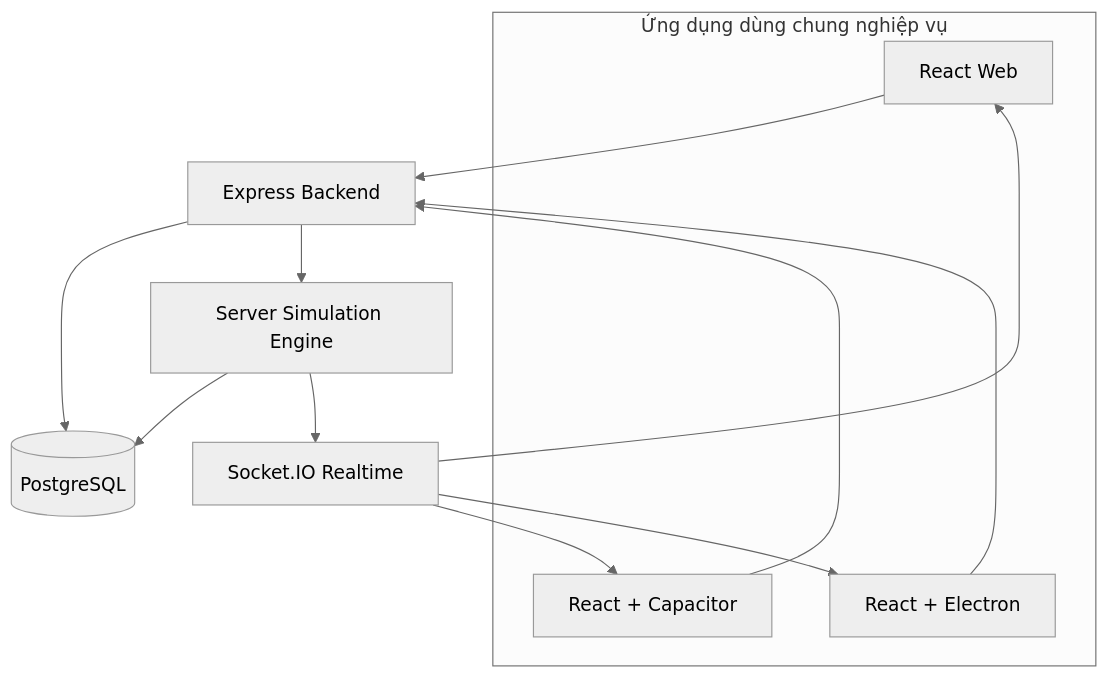
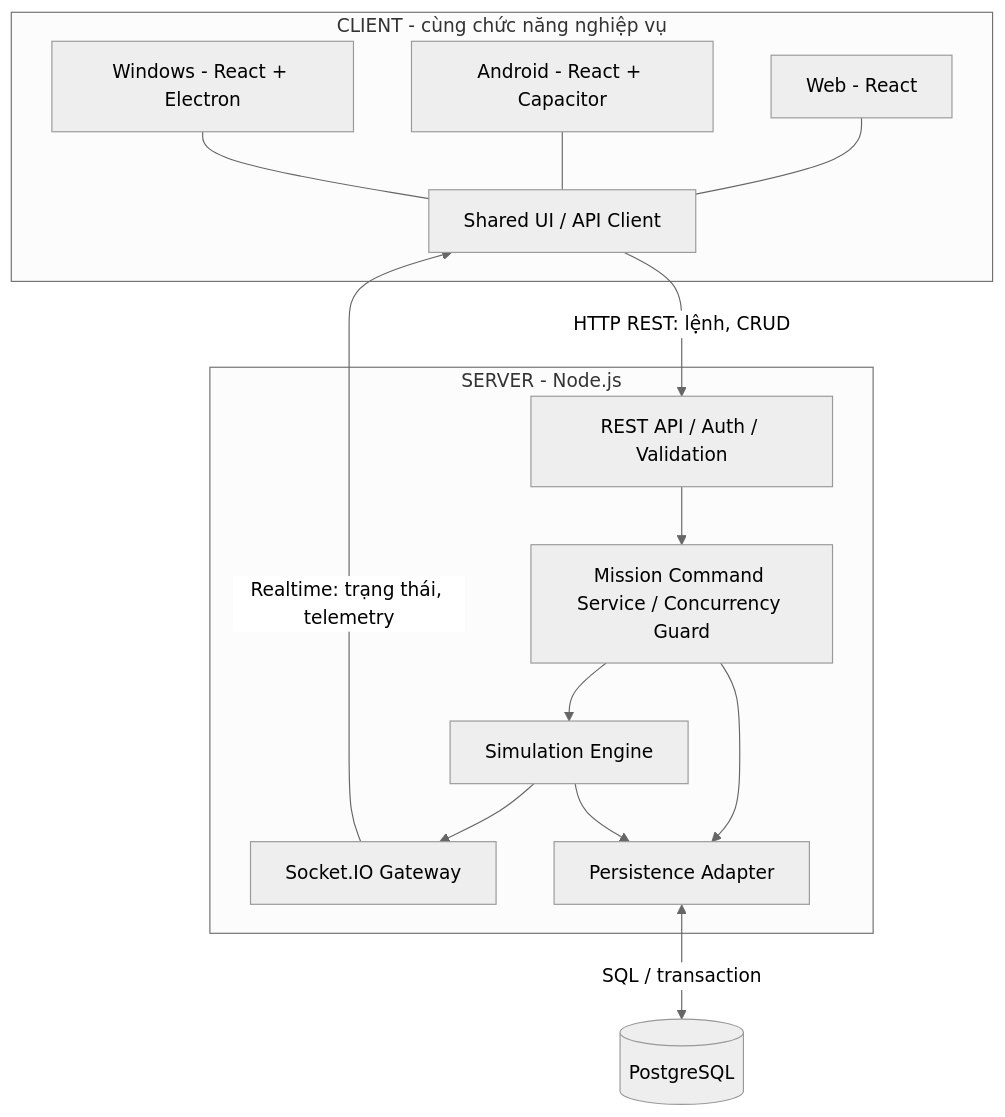
One commit to vinhle-tech/uav-delivery-simulation changed the diagram in docs/06-diagrams/02-overall-architecture.mmd. Above: the diagram before and after it, drawn with Mermaid (neutral theme). The commit also changed 56 other files, not shown here.

```diff
--- a/docs/06-diagrams/02-overall-architecture.mmd
+++ b/docs/06-diagrams/02-overall-architecture.mmd
@@ -1,16 +1,26 @@
 flowchart TB
-  subgraph Clients["Ứng dụng dùng chung nghiệp vụ"]
-    Web["React Web"]
-    Mobile["React + Capacitor"]
-    Desktop["React + Electron"]
-  end
-  Web --> API["Express Backend"]
-  Mobile --> API
-  Desktop --> API
-  API --> Database[(PostgreSQL)]
-  API --> Simulation["Server Simulation Engine"]
-  Simulation --> Database
-  Simulation --> Socket["Socket.IO Realtime"]
-  Socket --> Web
-  Socket --> Mobile
-  Socket --> Desktop
+    subgraph C["CLIENT - cùng chức năng nghiệp vụ"]
+        WEB["Web - React"]
+        AND["Android - React + Capacitor"]
+        DESK["Windows - React + Electron"]
+        UI["Shared UI / API Client"]
+        WEB --- UI
+        AND --- UI
+        DESK --- UI
+    end
+    subgraph B["SERVER - Node.js"]
+        API["REST API / Auth / Validation"]
+        CMD["Mission Command Service / Concurrency Guard"]
+        ENG["Simulation Engine"]
+        RT["Socket.IO Gateway"]
+        REPO["Persistence Adapter"]
+        API --> CMD
+        CMD --> ENG
+        ENG --> RT
+        CMD --> REPO
+        ENG --> REPO
+    end
+    PG[("PostgreSQL")]
+    UI -->|"HTTP REST: lệnh, CRUD"| API
+    RT -->|"Realtime: trạng thái, telemetry"| UI
+    REPO <-->|"SQL / transaction"| PG
```
